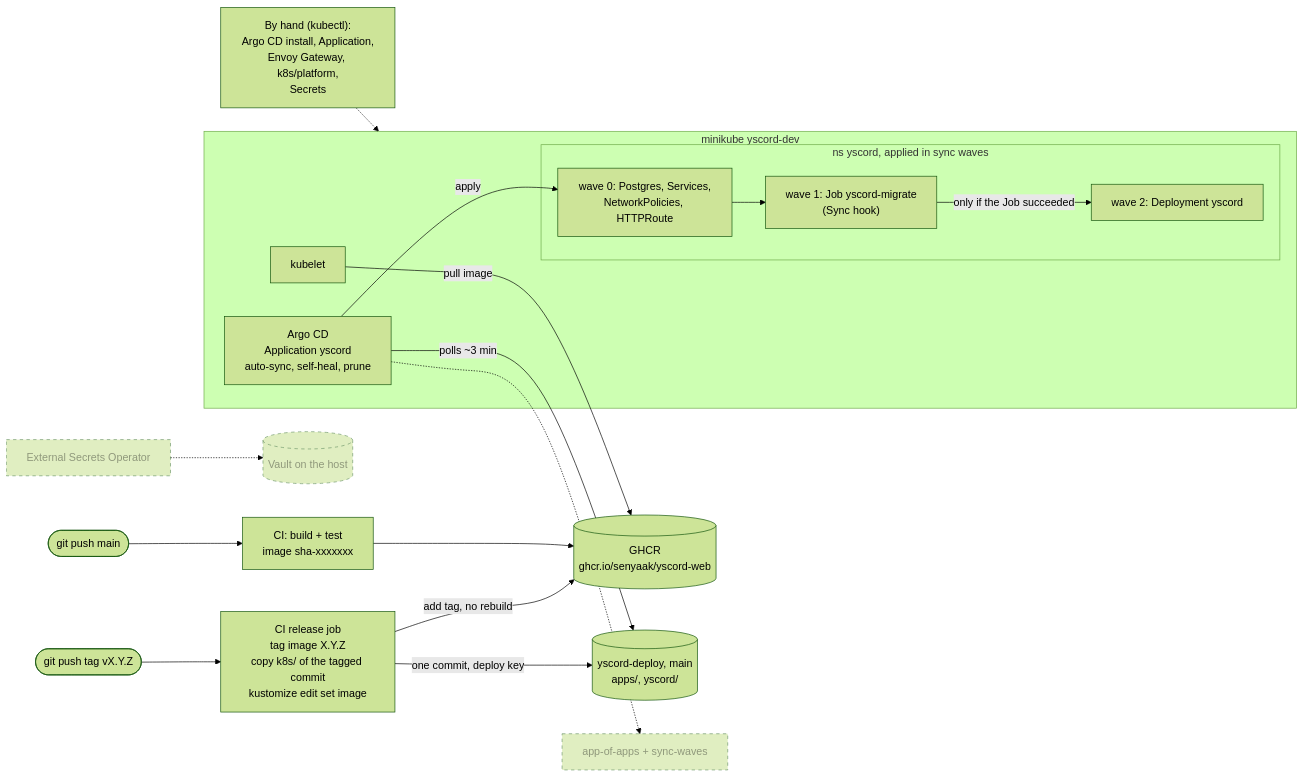
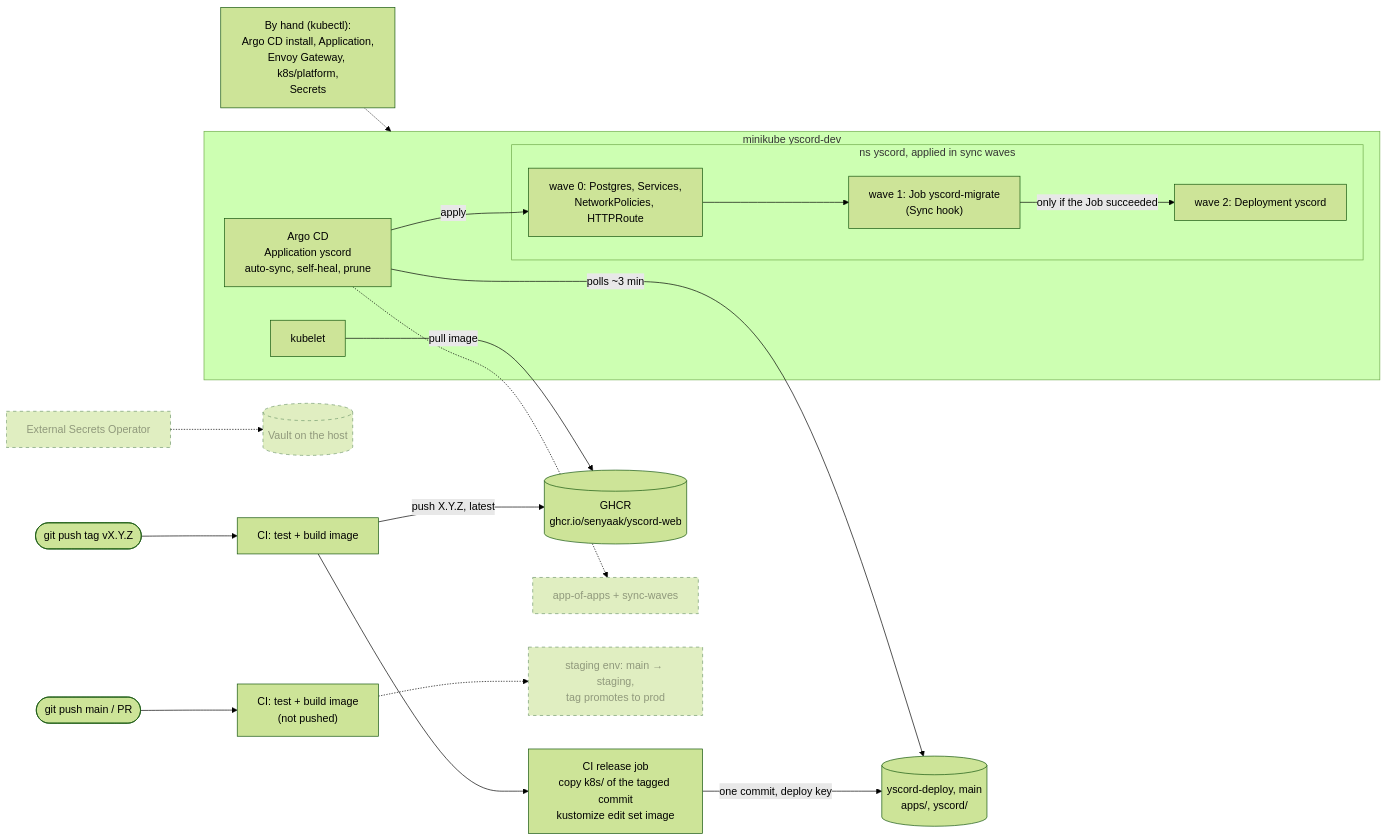
Before and after one commit to senyaak/yscord-web: the second of 2 diagrams in docs/architecture.md, drawn with Mermaid (forest theme). The commit also changed 2 other files, not shown here.

Commit message:
CI: push images only for release tags
Without a staging environment nobody ran main's sha images, and the tag had
to wait for them. main and PRs still build the image to catch Dockerfile
breakage; a vX.Y.Z tag builds, pushes X.Y.Z + latest and releases.

````diff
--- a/docs/architecture.md
+++ b/docs/architecture.md
@@ -50,35 +50,37 @@
 ```mermaid
 flowchart LR
-    push(["git push main"]) --> build["CI: build + test<br/>image sha-xxxxxxx"]
-    build --> ghcr[("GHCR<br/>ghcr.io/senyaak/yscord-web")]
+    push(["git push main / PR"]) --> build["CI: test + build image<br/>(not pushed)"]
 
-    tag(["git push tag vX.Y.Z"]) --> release["CI release job<br/>tag image X.Y.Z<br/>copy k8s/ of the tagged commit<br/>kustomize edit set image"]
-    release -- "add tag, no rebuild" --> ghcr
+    tag(["git push tag vX.Y.Z"]) --> tagbuild["CI: test + build image"]
+    tagbuild -- "push X.Y.Z, latest" --> ghcr[("GHCR<br/>ghcr.io/senyaak/yscord-web")]
+    tagbuild --> release["CI release job<br/>copy k8s/ of the tagged commit<br/>kustomize edit set image"]
     release -- "one commit, deploy key" --> repo[("yscord-deploy, main<br/>apps/, yscord/")]
 
     subgraph cluster["minikube yscord-dev"]
         argo["Argo CD<br/>Application yscord<br/>auto-sync, self-heal, prune"]
         subgraph waves["ns yscord, applied in sync waves"]
             w0["wave 0: Postgres, Services,<br/>NetworkPolicies, HTTPRoute"]
             w1["wave 1: Job yscord-migrate<br/>(Sync hook)"]
             w2["wave 2: Deployment yscord"]
             w0 --> w1 -- "only if the Job succeeded" --> w2
         end
         kubelet["kubelet"]
     end
 
     argo -- "polls ~3 min" --> repo
     argo -- "apply" --> w0
     kubelet -- "pull image" --> ghcr
 
     hand["By hand (kubectl):<br/>Argo CD install, Application,<br/>Envoy Gateway, k8s/platform,<br/>Secrets"] -.-> cluster
 
     appofapps["app-of-apps + sync-waves"]:::planned
     vault[("Vault on the host")]:::planned
     eso["External Secrets Operator"]:::planned
+    staging["staging env: main → staging,<br/>tag promotes to prod"]:::planned
 
     argo -.-> appofapps
     eso -.-> vault
+    build -.-> staging
 
     classDef planned stroke-dasharray: 5 5,opacity:0.6
 ```
````
